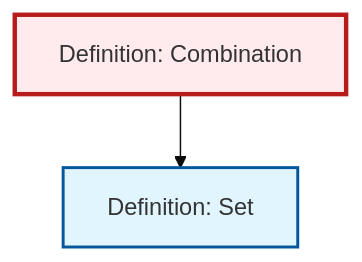
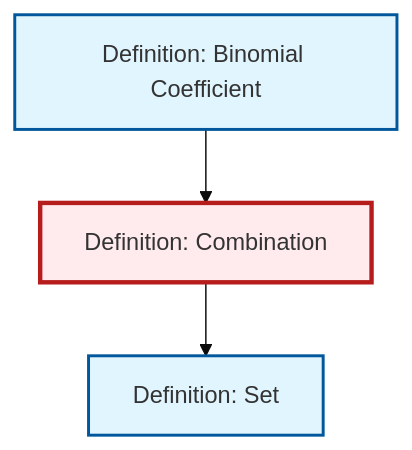
The diagram in output/mermaid/def-combination.mermaid (RK0429/ModernMath), drawn with Mermaid (base theme) before and after one commit. The commit also changed 84 other files, not shown here.

````diff
--- a/output/mermaid/def-combination.mermaid
+++ b/output/mermaid/def-combination.mermaid
@@ -1,13 +1,15 @@
 ```{mermaid}
 %%| fig-cap: "Local dependency graph"
 graph TD
     classDef definition fill:#e1f5fe,stroke:#01579b,stroke-width:2px
     classDef theorem fill:#f3e5f5,stroke:#4a148c,stroke-width:2px
     classDef axiom fill:#fff3e0,stroke:#e65100,stroke-width:2px
     classDef example fill:#e8f5e9,stroke:#1b5e20,stroke-width:2px
     classDef current fill:#ffebee,stroke:#b71c1c,stroke-width:3px
     def-combination["Definition: Combination"]:::definition
+    def-binomial-coefficient["Definition: Binomial Coefficient"]:::definition
     def-set["Definition: Set"]:::definition
     def-combination --> def-set
+    def-binomial-coefficient --> def-combination
     class def-combination current
 ```
````
